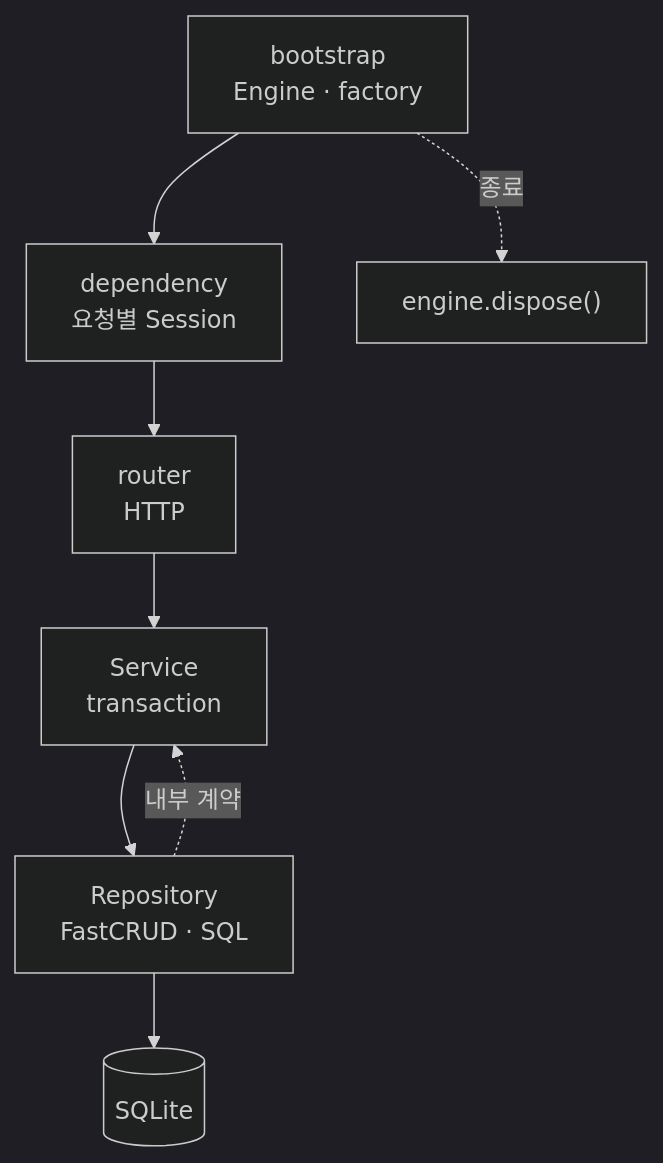
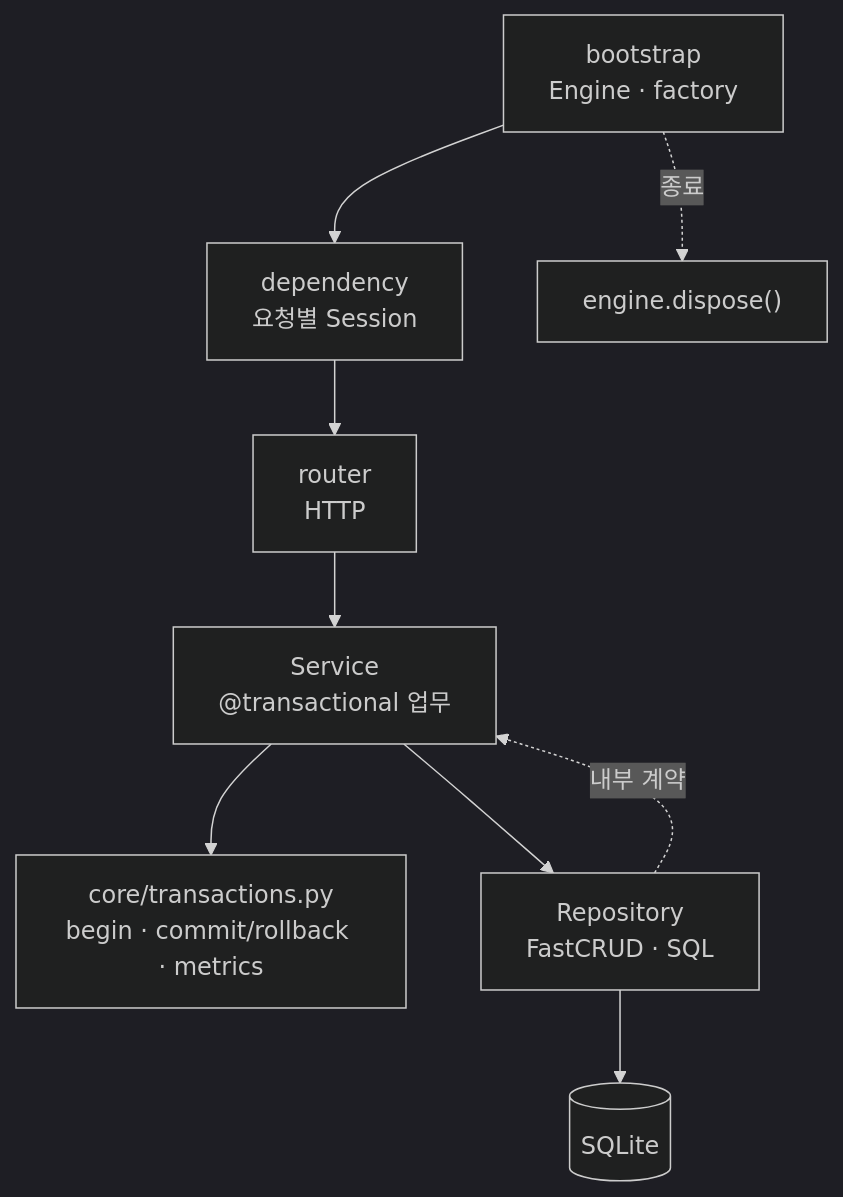
One commit to Dae-Jeong/BackendTemplate changed the second of 2 diagrams in design/implementations/fastapi-fastcrud.md. Above: the diagram before and after it, drawn with Mermaid (dark theme). The commit also changed other lines of this file and 24 other files, not shown here.

Commit message:
feat(python): add transactional service decorator

````diff
--- a/design/implementations/fastapi-fastcrud.md
+++ b/design/implementations/fastapi-fastcrud.md
@@ -102,10 +102,11 @@
 ```mermaid
 flowchart TD
     BOOT["bootstrap<br/>Engine · factory"] --> DEP["dependency<br/>요청별 Session"]
     DEP --> ROUTER["router<br/>HTTP"]
-    ROUTER --> SERVICE["Service<br/>transaction"]
+    ROUTER --> SERVICE["Service<br/>@transactional 업무"]
+    SERVICE --> BOUNDARY["core/transactions.py<br/>begin · commit/rollback · metrics"]
     SERVICE --> REPO["Repository<br/>FastCRUD · SQL"]
     REPO --> DB[("SQLite")]
     REPO -. "내부 계약" .-> SERVICE
     BOOT -. "종료" .-> DISPOSE["engine.dispose()"]
 ```
````
